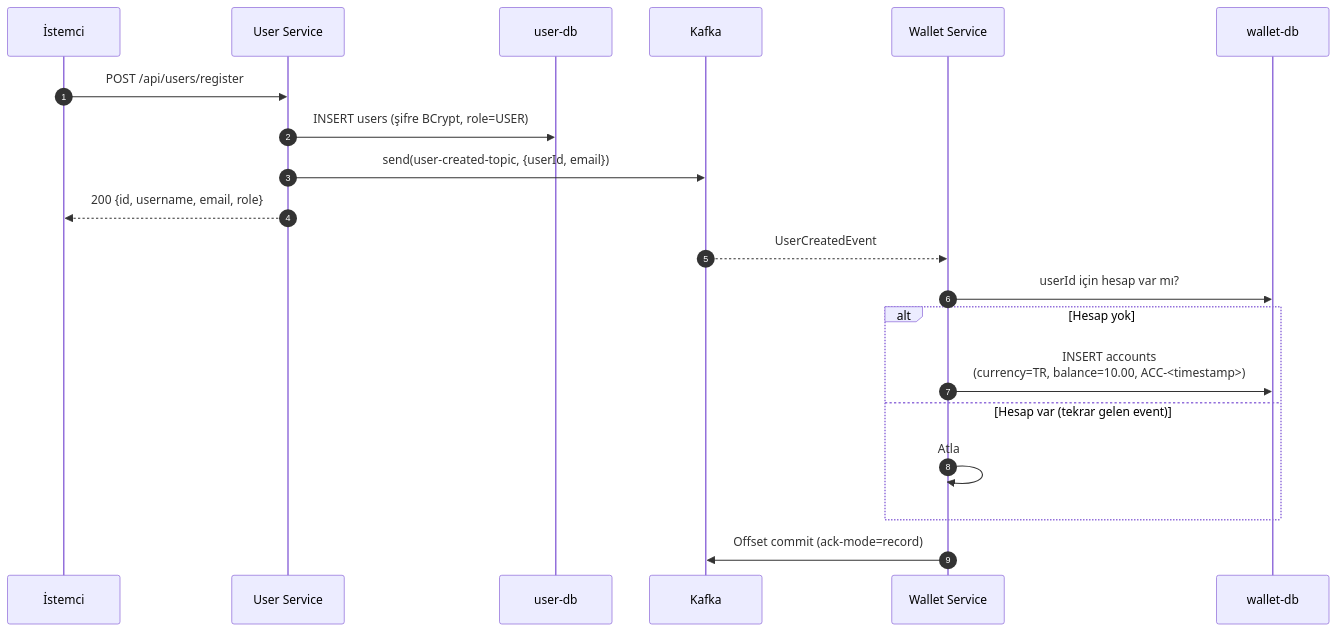
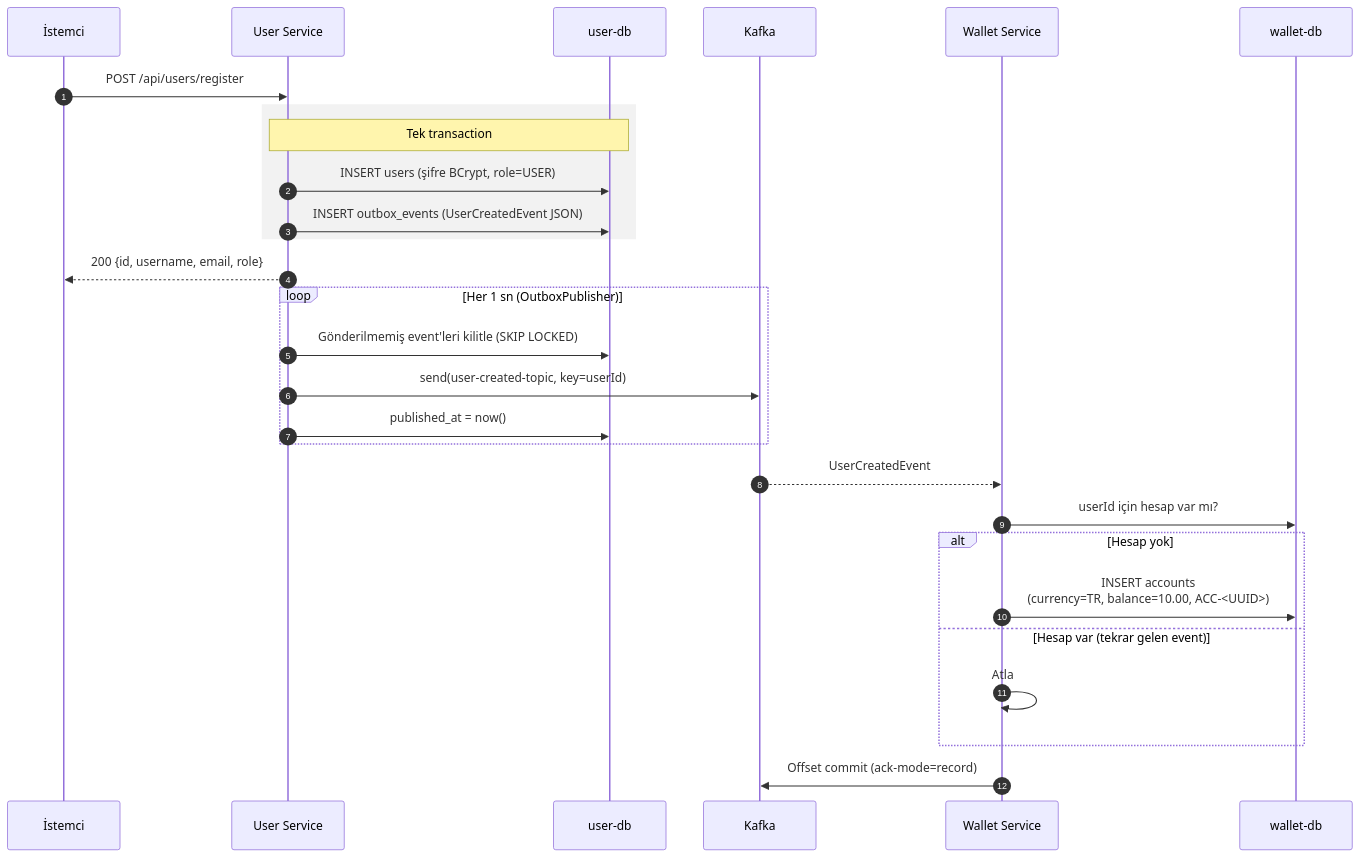
One commit to merveartut/microservice-wallet-spring changed the third of 4 diagrams in docs/teknik-dokuman.md. Above: the diagram before and after it, drawn with Mermaid. The commit also changed other lines of this file and 5 other files, not shown here.

First line of the commit message:
Update docs for outbox, UUID account numbers and admin account list

````diff
--- a/docs/teknik-dokuman.md
+++ b/docs/teknik-dokuman.md
@@ -281,23 +285,31 @@
 ```mermaid
 sequenceDiagram
     autonumber
     participant C as İstemci
     participant US as User Service
     participant UDB as user-db
     participant K as Kafka
     participant WS as Wallet Service
     participant WDB as wallet-db
 
     C->>US: POST /api/users/register
+    rect rgba(127,127,127,0.1)
+    note over US,UDB: Tek transaction
     US->>UDB: INSERT users (şifre BCrypt, role=USER)
-    US->>K: send(user-created-topic, {userId, email})
+    US->>UDB: INSERT outbox_events (UserCreatedEvent JSON)
+    end
     US-->>C: 200 {id, username, email, role}
+    loop Her 1 sn (OutboxPublisher)
+    US->>UDB: Gönderilmemiş event'leri kilitle (SKIP LOCKED)
+    US->>K: send(user-created-topic, key=userId)
+    US->>UDB: published_at = now()
+    end
     K-->>WS: UserCreatedEvent
     WS->>WDB: userId için hesap var mı?
     alt Hesap yok
-        WS->>WDB: INSERT accounts<br/>(currency=TR, balance=10.00, ACC-<timestamp>)
+        WS->>WDB: INSERT accounts<br/>(currency=TR, balance=10.00, ACC-<UUID>)
     else Hesap var (tekrar gelen event)
         WS->>WS: Atla
     end
     WS->>K: Offset commit (ack-mode=record)
 ```
````
